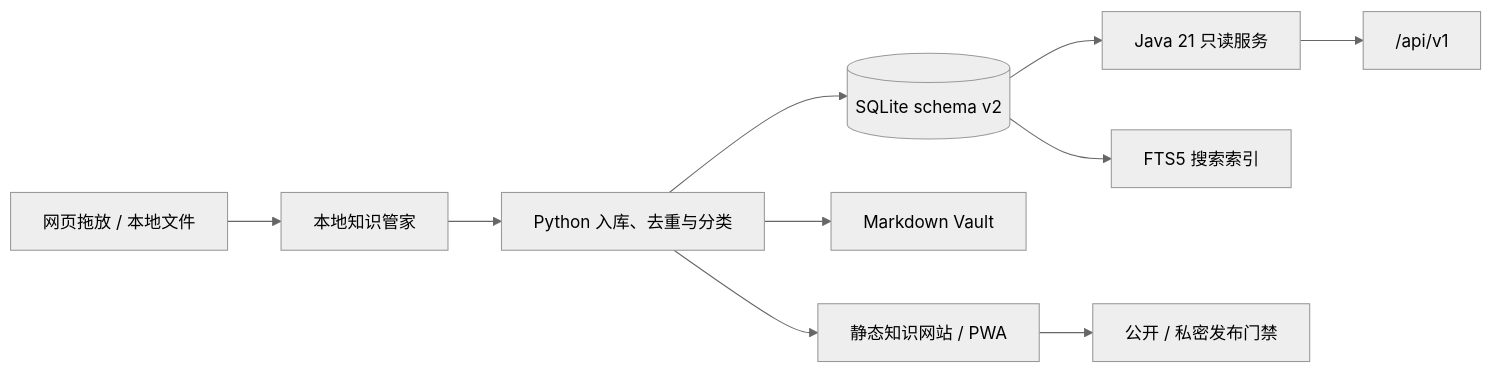
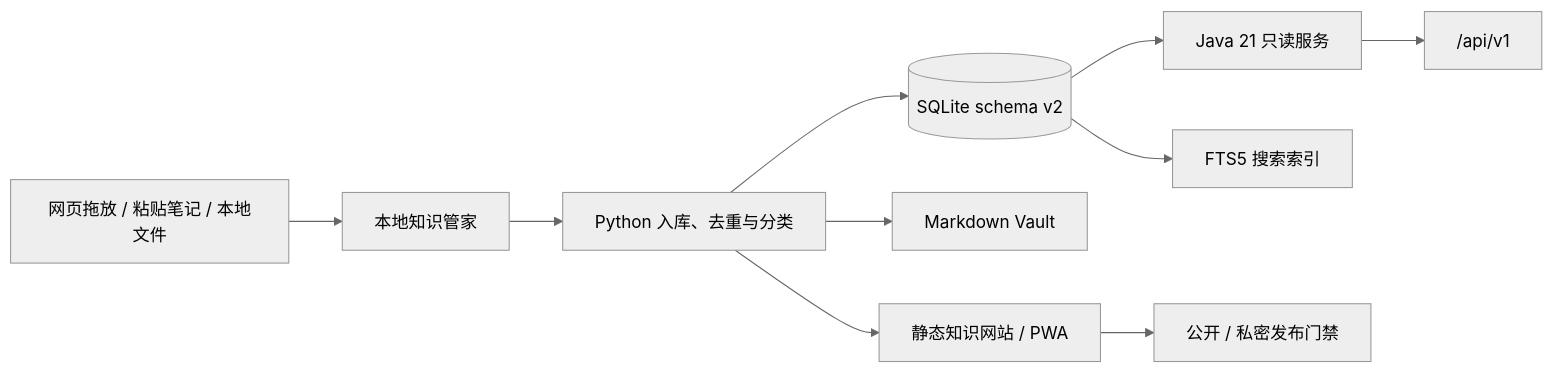
The diagram in README.md (Eascaty/open-knowledge), drawn with Mermaid (neutral theme) before and after one commit. The commit also changed other lines of this file and 7 other files, not shown here.

````diff
--- a/README.md
+++ b/README.md
@@ -214,12 +214,12 @@
 ```mermaid
 flowchart LR
-    A["网页拖放 / 本地文件"] --> M["本地知识管家"]
+    A["网页拖放 / 粘贴笔记 / 本地文件"] --> M["本地知识管家"]
     M --> B["Python 入库、去重与分类"]
     B --> C[("SQLite schema v2")]
     B --> D["Markdown Vault"]
     B --> E["静态知识网站 / PWA"]
     C --> F["Java 21 只读服务"]
     F --> G["/api/v1"]
     C --> H["FTS5 搜索索引"]
     E --> I["公开 / 私密发布门禁"]
 ```
````
